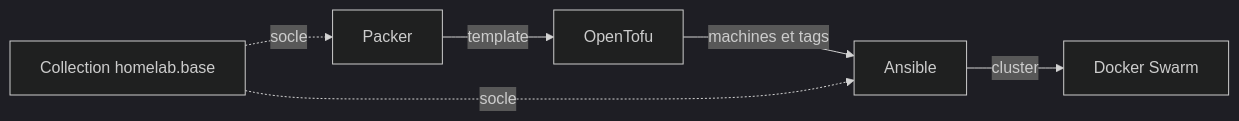
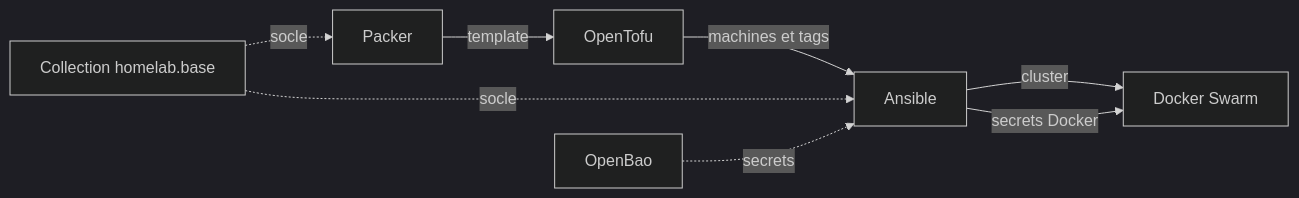
The diagram in README.md (atilili-homelab/ansible), drawn with Mermaid (dark theme) before and after one commit. The commit also changed other lines of this file and 6 other files, not shown here.

````diff
--- a/README.md
+++ b/README.md
@@ -22,8 +26,10 @@
 ```mermaid
 flowchart LR
     packer[Packer] -->|template| tofu[OpenTofu]
     tofu -->|machines et tags| ansible[Ansible]
     base[Collection homelab.base] -.->|socle| packer
     base -.->|socle| ansible
+    bao[OpenBao] -.->|secrets| ansible
     ansible -->|cluster| swarm[Docker Swarm]
+    ansible -->|secrets Docker| swarm
 ```
````
